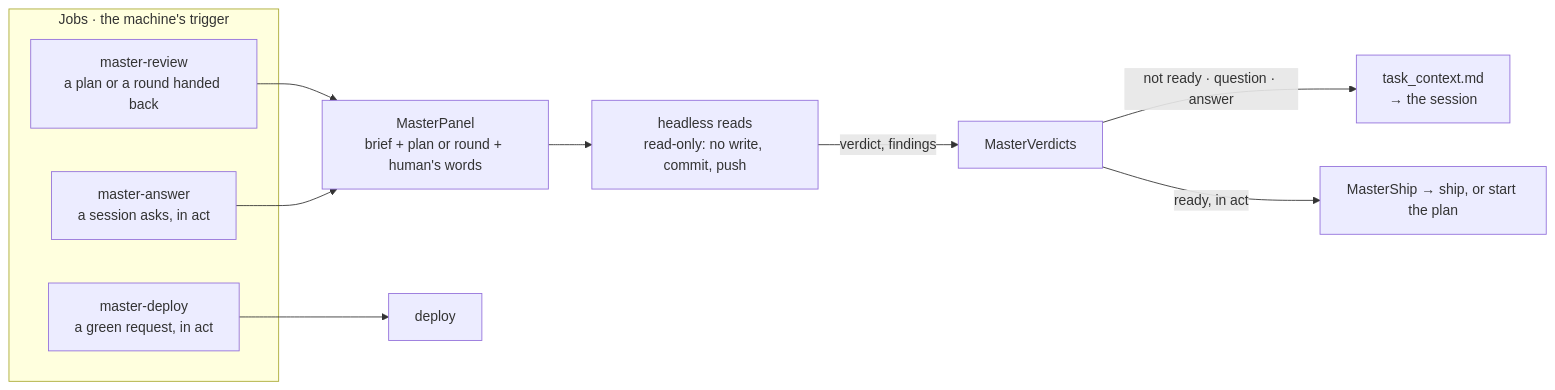
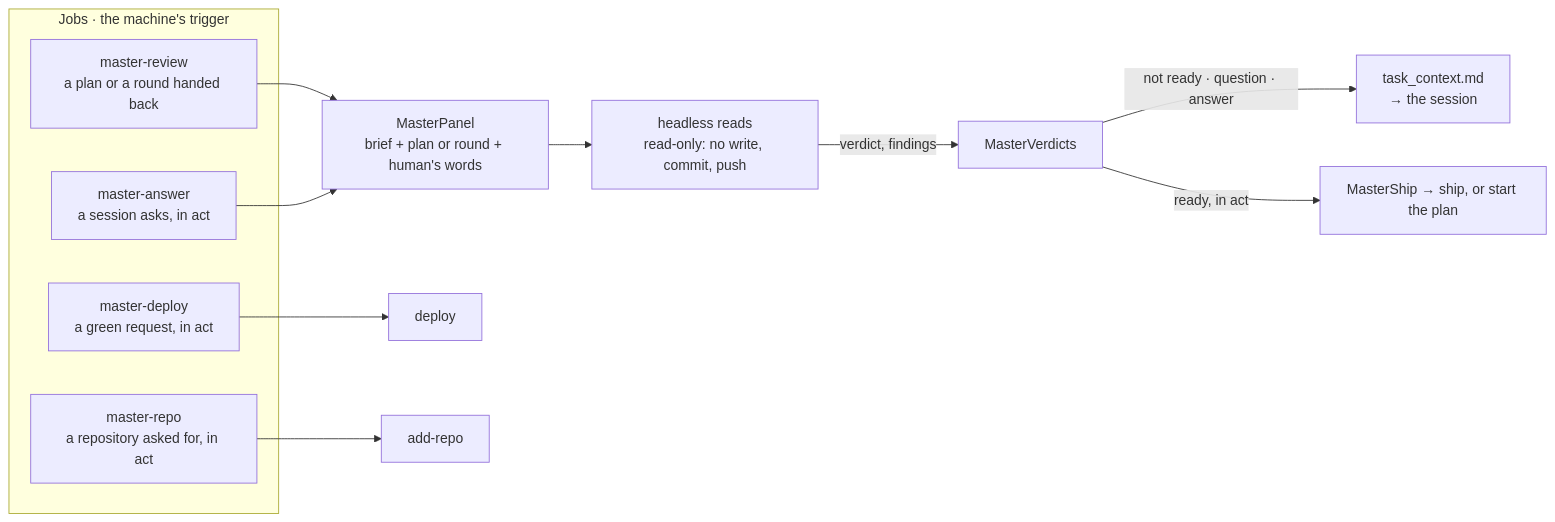
The sixth of 6 diagrams in docs/c4.md (GulDmitry/jagt), drawn with Mermaid before and after one commit. The commit also changed 10 other files, not shown here.

````diff
--- a/docs/c4.md
+++ b/docs/c4.md
@@ -167,18 +167,20 @@
 ```mermaid
 flowchart LR
     subgraph trig["Jobs · the machine's trigger"]
         mr["master-review<br/>a plan or a round handed back"]
         ma["master-answer<br/>a session asks, in act"]
         md["master-deploy<br/>a green request, in act"]
+        mp["master-repo<br/>a repository asked for, in act"]
     end
     panel["MasterPanel<br/>brief + plan or round + human's words"]
     roles["headless reads<br/>read-only: no write, commit, push"]
     verd["MasterVerdicts"]
 
     mr --> panel
     ma --> panel
     panel --> roles -- "verdict, findings" --> verd
     verd -- "not ready · question · answer" --> rel["task_context.md<br/>→ the session"]
     verd -- "ready, in act" --> ship["MasterShip → ship, or start the plan"]
     md --> dep["deploy"]
+    mp --> rep["add-repo"]
 ```
````
